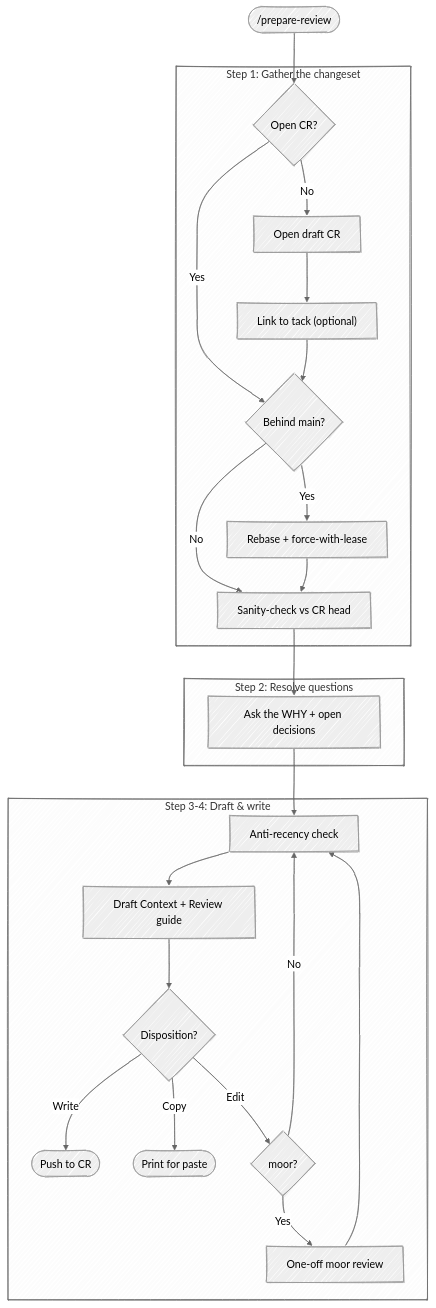
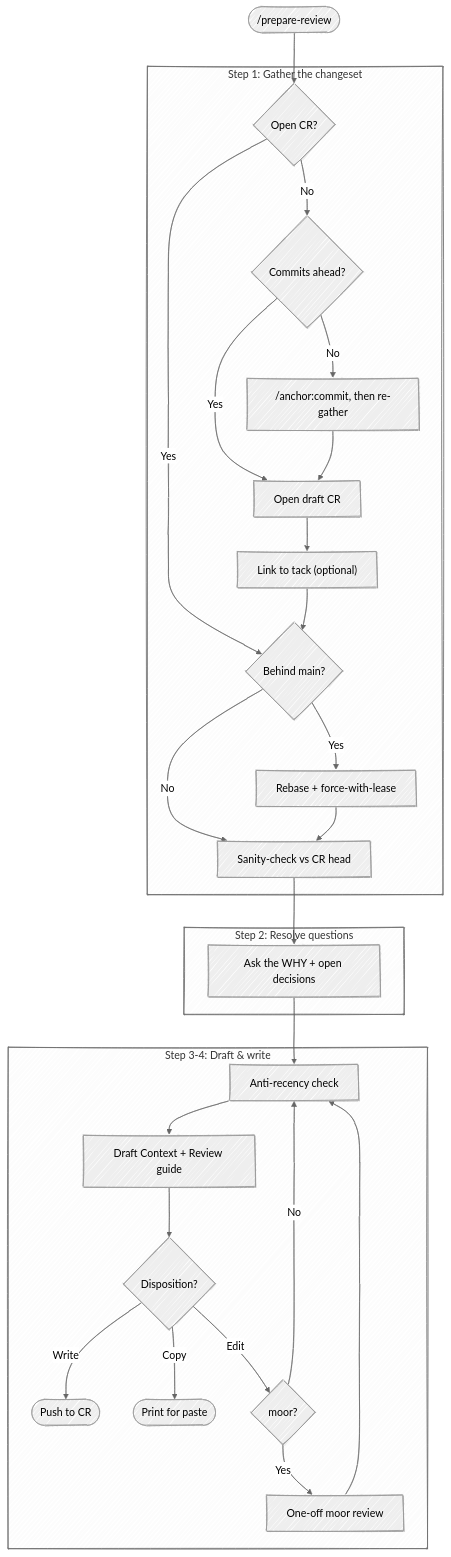
The diagram in skills/prepare-review/SKILL.md (chris-peterson/anchor), drawn with Mermaid (neutral theme) before and after one commit. The commit also changed other lines of this file and 1 other file, not shown here.

First line of the commit message:
Chain prepare-review to commit when nothing is committed yet

````diff
--- a/skills/prepare-review/SKILL.md
+++ b/skills/prepare-review/SKILL.md
@@ -17,31 +17,34 @@
 ```mermaid
 %%{ init: { 'look': 'handDrawn' } }%%
 flowchart TD
     Start(["/prepare-review"]) --> CR{Open CR?}
 
     subgraph "Step 1: Gather the changeset"
-        CR -->|No| MakeCR["Open draft CR"]
+        CR -->|No| Ahead{Commits ahead?}
         CR -->|Yes| Behind
+        Ahead -->|No| Commit["/anchor:commit, then re-gather"]
+        Ahead -->|Yes| MakeCR["Open draft CR"]
+        Commit --> MakeCR
         MakeCR --> Tack["Link to tack (optional)"]
         Tack --> Behind{Behind main?}
         Behind -->|Yes| DoRebase["Rebase + force-with-lease"]
         Behind -->|No| StateCheck
         DoRebase --> StateCheck["Sanity-check vs CR head"]
     end
 
     subgraph "Step 2: Resolve questions"
         StateCheck --> Why["Ask the WHY + open decisions"]
     end
 
     subgraph "Step 3-4: Draft & write"
         Why --> Recency["Anti-recency check"]
         Recency --> Draft["Draft Context + Review guide"]
         Draft --> Out{Disposition?}
         Out -->|Write| Forge(["Push to CR"])
         Out -->|Copy| CopyOnly(["Print for paste"])
         Out -->|Edit| EditCh{moor?}
         EditCh -->|Yes| Moor["One-off moor review"]
         EditCh -->|No| Recency
         Moor --> Recency
     end
 ```
````
